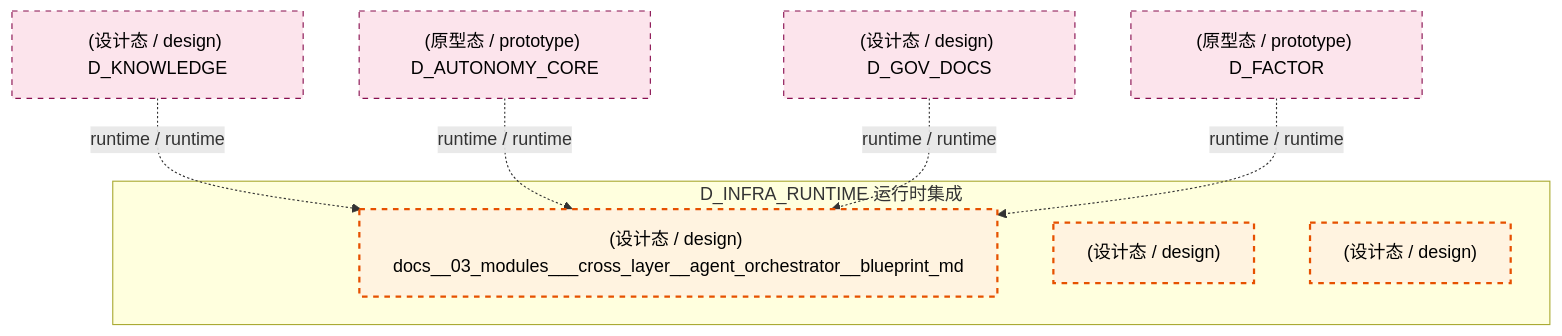
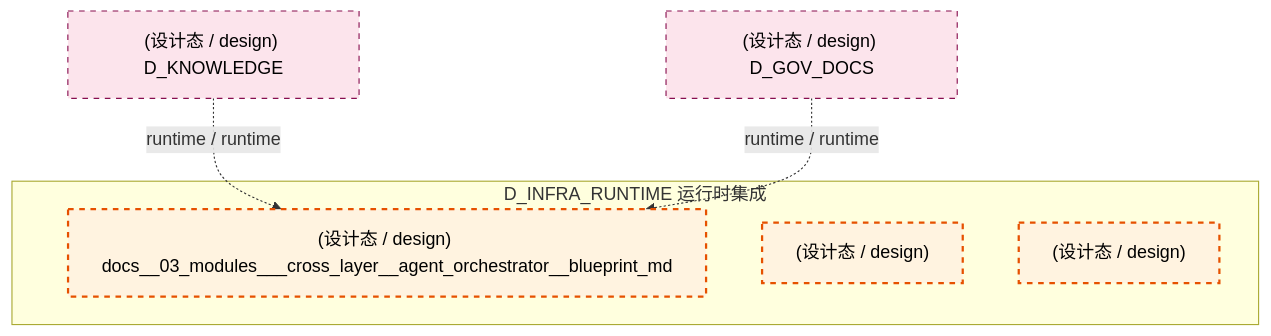
Diagram 13 of 15 in docs/02_enterprise_architecture/02_domain_architecture_docs/04_d_infra_runtime.md (xuanFelixVan/ZephyrAlpha), drawn with Mermaid before and after one commit. The commit also changed other lines of this file and 122 other files, not shown here.

````diff
--- a/docs/02_enterprise_architecture/02_domain_architecture_docs/04_d_infra_runtime.md
+++ b/docs/02_enterprise_architecture/02_domain_architecture_docs/04_d_infra_runtime.md
@@ -1583,22 +1581,18 @@
 ```mermaid
 graph TD
     subgraph D_INFRA_RUNTIME["D_INFRA_RUNTIME 运行时集成"]
         docs_03_modules_cross_layer_agent_orchestrator_blueprint_md["(设计态 / design) docs__03_modules___cross_layer__agent_orchestrator__blueprint_md"]
         docs_03_modules_cross_layer_shared_core_contracts_blueprint_md["(设计态 / design) "]
         docs_03_modules_cross_layer_shared_core_shared_infra_blueprint_md["(设计态 / design) "]
     end
     D_KNOWLEDGE["(设计态 / design) D_KNOWLEDGE"]
     D_KNOWLEDGE -.->|runtime / runtime| docs_03_modules_cross_layer_agent_orchestrator_blueprint_md
-    D_AUTONOMY_CORE["(原型态 / prototype) D_AUTONOMY_CORE"]
-    D_AUTONOMY_CORE -.->|runtime / runtime| docs_03_modules_cross_layer_agent_orchestrator_blueprint_md
     D_GOV_DOCS["(设计态 / design) D_GOV_DOCS"]
     D_GOV_DOCS -.->|runtime / runtime| docs_03_modules_cross_layer_agent_orchestrator_blueprint_md
-    D_FACTOR["(原型态 / prototype) D_FACTOR"]
-    D_FACTOR -.->|runtime / runtime| docs_03_modules_cross_layer_agent_orchestrator_blueprint_md
     classDef production fill:#e1f5fe,stroke:#01579b,stroke-width:2px,color:#000
     classDef design fill:#fff3e0,stroke:#e65100,stroke-width:2px,color:#000,stroke-dasharray: 5 5
     classDef external_prod fill:#e8f5e9,stroke:#1b5e20,stroke-width:1px,color:#000
     classDef external_design fill:#fce4ec,stroke:#880e4f,stroke-width:1px,color:#000,stroke-dasharray: 5 5
     class docs_03_modules_cross_layer_agent_orchestrator_blueprint_md,docs_03_modules_cross_layer_shared_core_contracts_blueprint_md,docs_03_modules_cross_layer_shared_core_shared_infra_blueprint_md design
-    class D_KNOWLEDGE,D_AUTONOMY_CORE,D_GOV_DOCS,D_FACTOR external_design
+    class D_KNOWLEDGE,D_GOV_DOCS external_design
 ```
````
